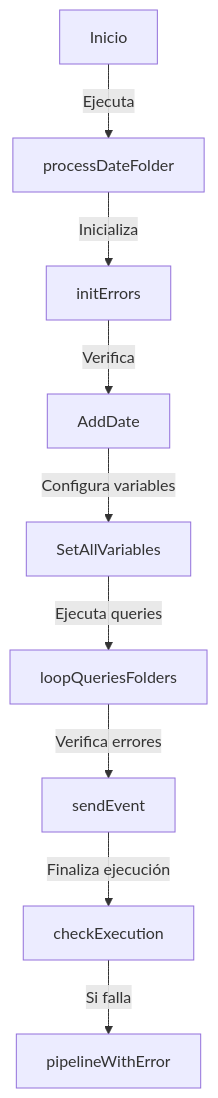
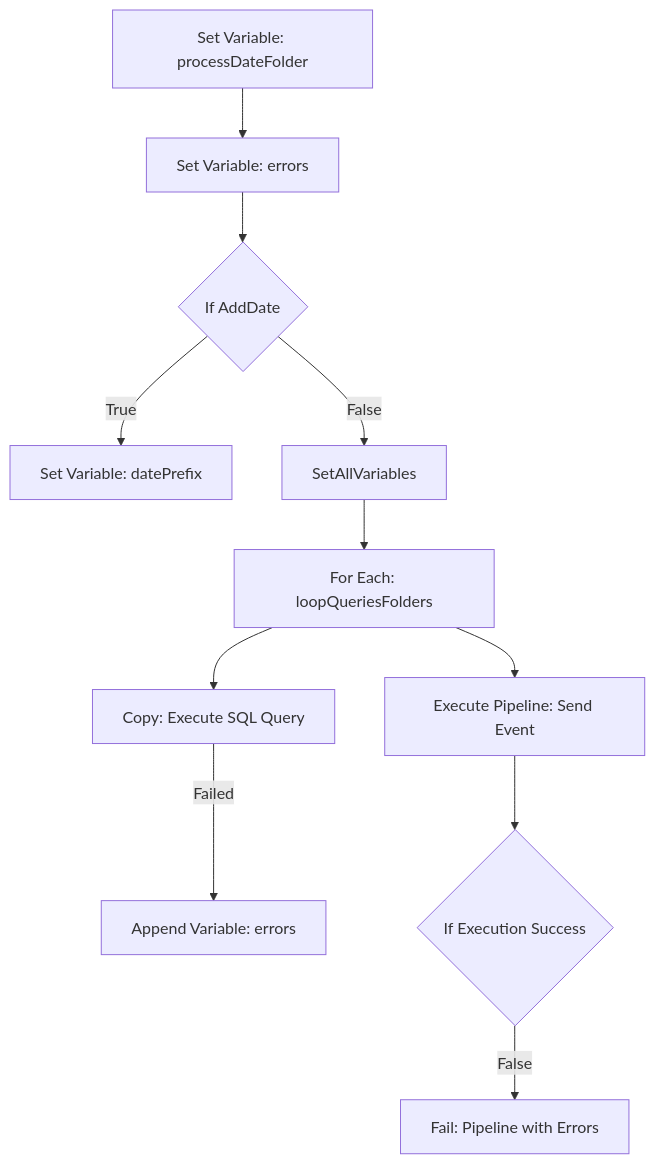
The diagram in README.md (Stevenmch/docs), drawn with Mermaid before and after one commit. The commit also changed other lines of this file, not shown here.

````diff
--- a/README.md
+++ b/README.md
@@ -6,11 +7,13 @@
 ```mermaid
 graph TD;
-    A[Inicio] -->|Ejecuta| B[processDateFolder];
-    B -->|Inicializa| C[initErrors];
-    C -->|Verifica| D[AddDate];
-    D -->|Configura variables| E[SetAllVariables];
-    E -->|Ejecuta queries| F[loopQueriesFolders];
-    F -->|Verifica errores| G[sendEvent];
-    G -->|Finaliza ejecución| H[checkExecution];
-    H -->|Si falla| I[pipelineWithError];
+    processDateFolder[Set Variable: processDateFolder] --> initErrors[Set Variable: errors]
+    initErrors --> AddDate{If AddDate}
+    AddDate -->|True| datePrefix[Set Variable: datePrefix]
+    AddDate -->|False| SetAllVariables
+    SetAllVariables --> loopQueriesFolders[For Each: loopQueriesFolders]
+    loopQueriesFolders --> onPremQuery[Copy: Execute SQL Query]
+    onPremQuery -->|Failed| AppendErrors[Append Variable: errors]
+    loopQueriesFolders --> sendEvent[Execute Pipeline: Send Event]
+    sendEvent --> checkExecution{If Execution Success}
+    checkExecution -->|False| pipelineWithError[Fail: Pipeline with Errors]
 ```
````
